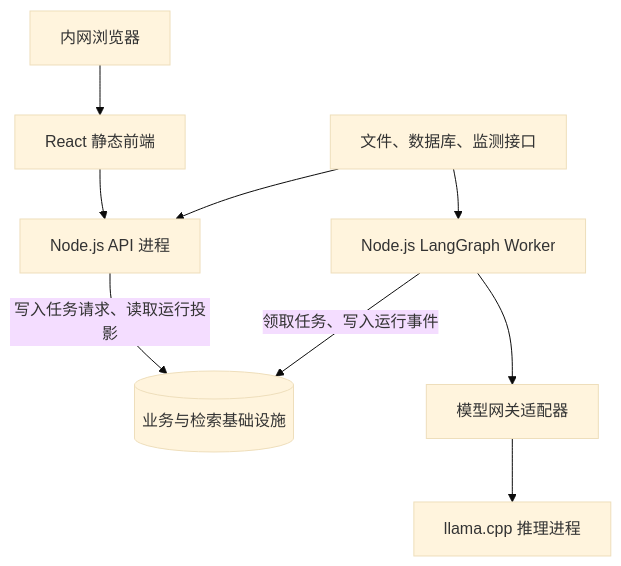
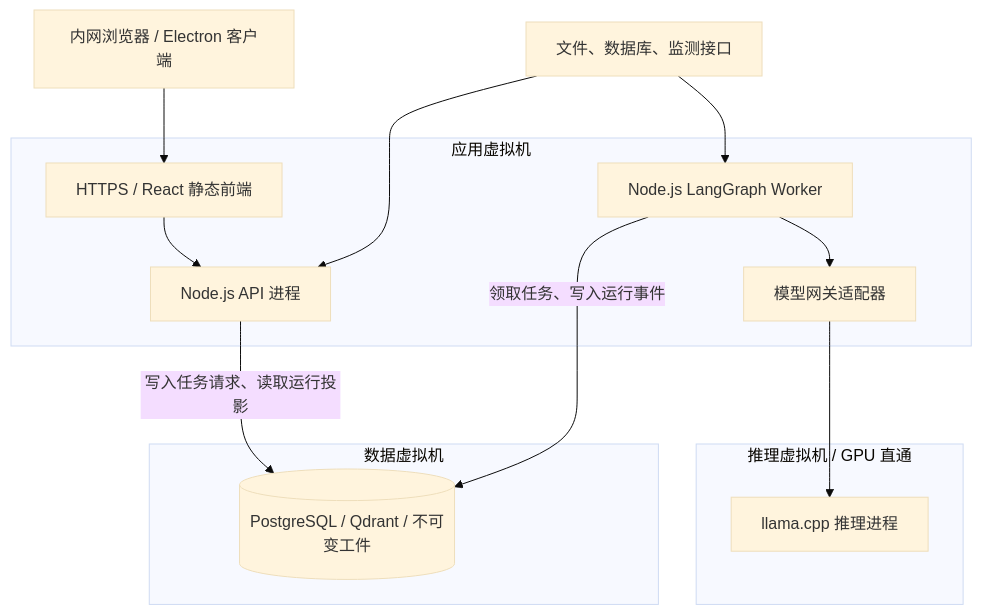
One commit to leike0813/RiskFlow changed the second of 3 diagrams in .scratch/riskflow-master-plan/prototypes/macro-architecture.md. Above: the diagram before and after it, drawn with Mermaid (base theme). The commit also changed other lines of this file and 352 other files, not shown here.

````diff
--- a/.scratch/riskflow-master-plan/prototypes/macro-architecture.md
+++ b/.scratch/riskflow-master-plan/prototypes/macro-architecture.md
@@ -77,20 +79,26 @@
 ```mermaid
 flowchart TB
-    Browser[内网浏览器]
-    Web[React 静态前端]
-    API[Node.js API 进程]
-    Worker[Node.js LangGraph Worker]
-    ModelGateway[模型网关适配器]
-    Llama[llama.cpp 推理进程]
-    Data[(业务与检索基础设施)]
+    Browser[内网浏览器 / Electron 客户端]
+    subgraph AppVM[应用虚拟机]
+        Web[HTTPS / React 静态前端]
+        API[Node.js API 进程]
+        Worker[Node.js LangGraph Worker]
+        ModelGateway[模型网关适配器]
+    end
+    subgraph InferenceVM[推理虚拟机 / GPU 直通]
+        Llama[llama.cpp 推理进程]
+    end
+    subgraph DataVM[数据虚拟机]
+        Data[(PostgreSQL / Qdrant / 不可变工件)]
+    end
     Source[文件、数据库、监测接口]
 
     Browser --> Web
     Web --> API
     API -->|写入任务请求、读取运行投影| Data
     Worker -->|领取任务、写入运行事件| Data
     Worker --> ModelGateway
     ModelGateway --> Llama
     Source --> API
     Source --> Worker
 ```
````
